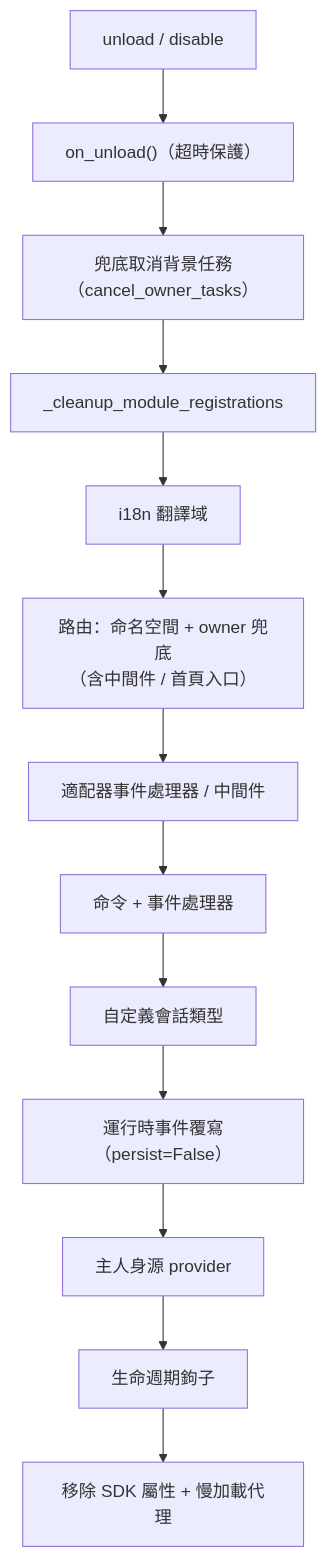
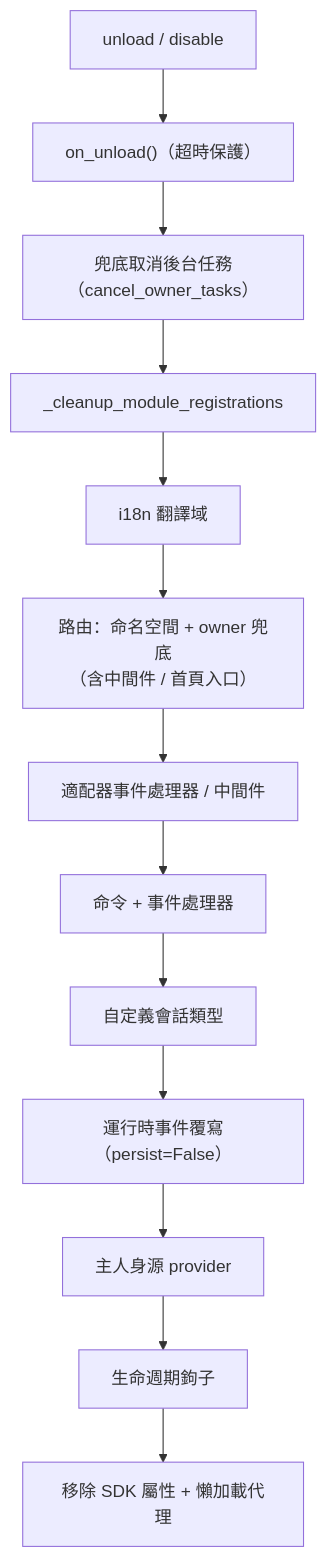
The diagram in docs/zh-TW/advanced/ownership.md (ErisPulse/ErisPulse), drawn with Mermaid before and after one commit. The commit also changed other lines of this file and 622 other files, not shown here.

````diff
--- a/docs/zh-TW/advanced/ownership.md
+++ b/docs/zh-TW/advanced/ownership.md
@@ -76,15 +77,15 @@
 ```mermaid
 flowchart TD
     A["unload / disable"] --> B["on_unload()（超時保護）"]
-    B --> C["兜底取消背景任務（cancel_owner_tasks）"]
+    B --> C["兜底取消後台任務（cancel_owner_tasks）"]
     C --> D["_cleanup_module_registrations"]
     D --> D1["i18n 翻譯域"]
     D1 --> D2["路由：命名空間 + owner 兜底<br/>（含中間件 / 首頁入口）"]
     D2 --> D3["適配器事件處理器 / 中間件"]
     D3 --> D4["命令 + 事件處理器"]
     D4 --> D5["自定義會話類型"]
     D5 --> D6["運行時事件覆寫（persist=False）"]
     D6 --> D7["主人身源 provider"]
     D7 --> D8["生命週期鉤子"]
-    D8 --> E["移除 SDK 屬性 + 慢加載代理"]
+    D8 --> E["移除 SDK 屬性 + 懶加載代理"]
 ```
````
